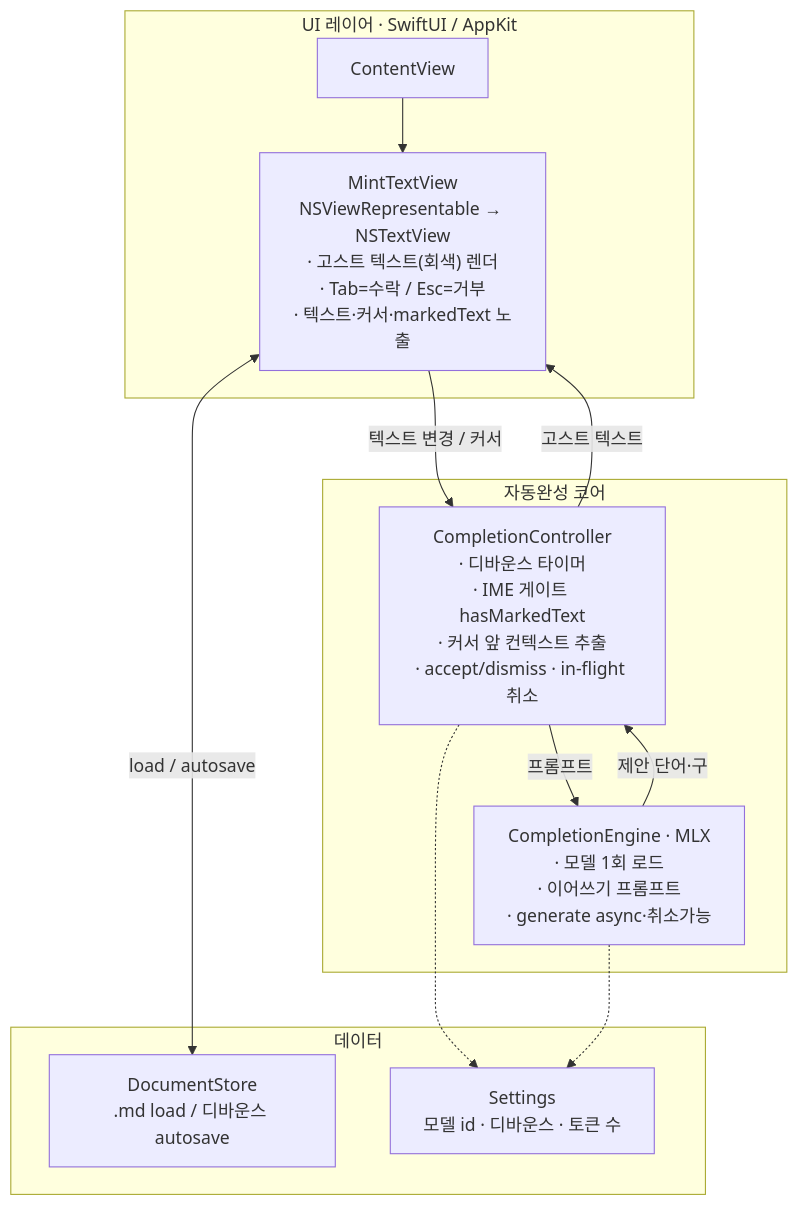
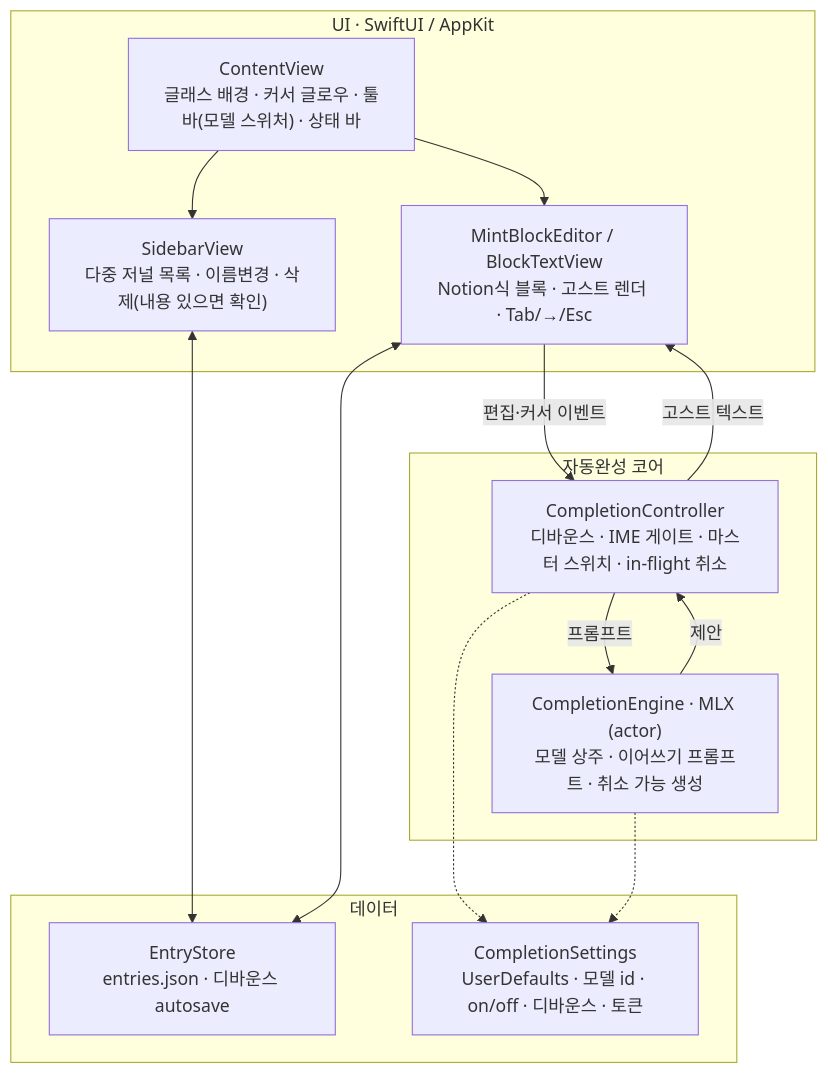
The diagram in PLAN.md (sorbetsharkroundhand/MINT), drawn with Mermaid before and after one commit. The commit also changed other lines of this file and 10 other files, not shown here.

````diff
--- a/PLAN.md
+++ b/PLAN.md
@@ -47,24 +42,24 @@
 ```mermaid
 flowchart TD
-    subgraph UI["UI 레이어 · SwiftUI / AppKit"]
-        CV["ContentView"]
-        MTV["MintTextView<br/>NSViewRepresentable → NSTextView<br/>· 고스트 텍스트(회색) 렌더<br/>· Tab=수락 / Esc=거부<br/>· 텍스트·커서·markedText 노출"]
+    subgraph UI["UI · SwiftUI / AppKit"]
+        CV["ContentView<br/>글래스 배경 · 커서 글로우 · 툴바(모델 스위처) · 상태 바"]
+        SB["SidebarView<br/>다중 저널 목록 · 이름변경 · 삭제(내용 있으면 확인)"]
+        BE["MintBlockEditor / BlockTextView<br/>Notion식 블록 · 고스트 렌더 · Tab/→/Esc"]
     end
     subgraph CORE["자동완성 코어"]
-        CC["CompletionController<br/>· 디바운스 타이머<br/>· IME 게이트 hasMarkedText<br/>· 커서 앞 컨텍스트 추출<br/>· accept/dismiss · in-flight 취소"]
-        CE["CompletionEngine · MLX<br/>· 모델 1회 로드<br/>· 이어쓰기 프롬프트<br/>· generate async·취소가능"]
+        CC["CompletionController<br/>디바운스 · IME 게이트 · 마스터 스위치 · in-flight 취소"]
+        CE["CompletionEngine · MLX (actor)<br/>모델 상주 · 이어쓰기 프롬프트 · 취소 가능 생성"]
     end
     subgraph DATA["데이터"]
-        DS["DocumentStore<br/>.md load / 디바운스 autosave"]
-        ST["Settings<br/>모델 id · 디바운스 · 토큰 수"]
+        ES["EntryStore<br/>entries.json · 디바운스 autosave"]
+        ST["CompletionSettings<br/>UserDefaults · 모델 id · on/off · 디바운스 · 토큰"]
     end
 
-    CV --> MTV
-    MTV -->|"텍스트 변경 / 커서"| CC
+    CV --> SB & BE
+    BE -->|"편집·커서 이벤트"| CC
     CC -->|"프롬프트"| CE
-    CE -->|"제안 단어·구"| CC
-    CC -->|"고스트 텍스트"| MTV
-    MTV <-->|"load / autosave"| DS
-    CC -.-> ST
-    CE -.-> ST
+    CE -->|"제안"| CC
+    CC -->|"고스트 텍스트"| BE
+    SB & BE <--> ES
+    CC & CE -.-> ST
 ```
````
